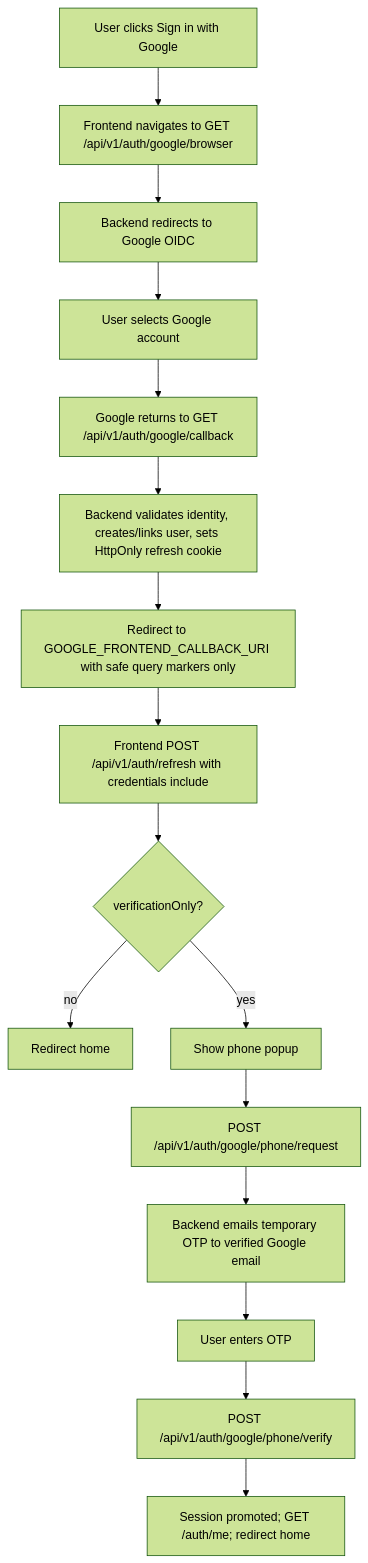
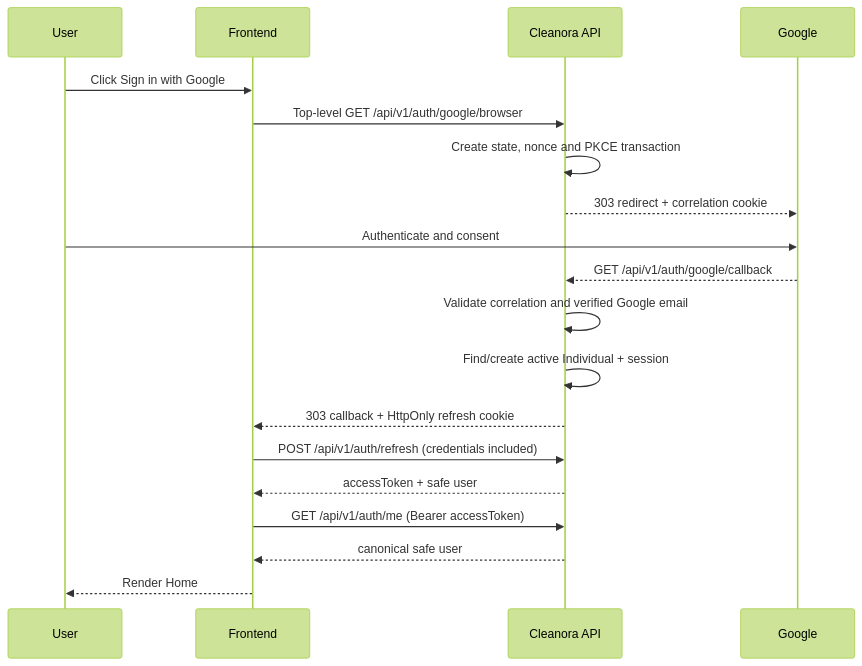
Before and after one commit to Hossam-Bakr/Cleanora-api: the diagram in docs/apis/google-sign-in-frontend.md, drawn with Mermaid (forest theme). The commit also changed other lines of this file and 70 other files, not shown here.

````diff
--- a/docs/apis/google-sign-in-frontend.md
+++ b/docs/apis/google-sign-in-frontend.md
@@ -28,18 +20,22 @@
 ```mermaid
-flowchart TD
-  A[User clicks Sign in with Google] --> B[Frontend navigates to GET /api/v1/auth/google/browser]
-  B --> C[Backend redirects to Google OIDC]
-  C --> D[User selects Google account]
-  D --> E[Google returns to GET /api/v1/auth/google/callback]
-  E --> F[Backend validates identity, creates/links user, sets HttpOnly refresh cookie]
-  F --> G[Redirect to GOOGLE_FRONTEND_CALLBACK_URI with safe query markers only]
-  G --> H[Frontend POST /api/v1/auth/refresh with credentials include]
-  H --> I{verificationOnly?}
-  I -->|no| J[Redirect home]
-  I -->|yes| K[Show phone popup]
-  K --> L[POST /api/v1/auth/google/phone/request]
-  L --> M[Backend emails temporary OTP to verified Google email]
-  M --> N[User enters OTP]
-  N --> O[POST /api/v1/auth/google/phone/verify]
-  O --> P[Session promoted; GET /auth/me; redirect home]
+sequenceDiagram
+  participant U as User
+  participant F as Frontend
+  participant B as Cleanora API
+  participant G as Google
+
+  U->>F: Click Sign in with Google
+  F->>B: Top-level GET /api/v1/auth/google/browser
+  B->>B: Create state, nonce and PKCE transaction
+  B-->>G: 303 redirect + correlation cookie
+  U->>G: Authenticate and consent
+  G-->>B: GET /api/v1/auth/google/callback
+  B->>B: Validate correlation and verified Google email
+  B->>B: Find/create active Individual + session
+  B-->>F: 303 callback + HttpOnly refresh cookie
+  F->>B: POST /api/v1/auth/refresh (credentials included)
+  B-->>F: accessToken + safe user
+  F->>B: GET /api/v1/auth/me (Bearer accessToken)
+  B-->>F: canonical safe user
+  F-->>U: Render Home
 ```
````
